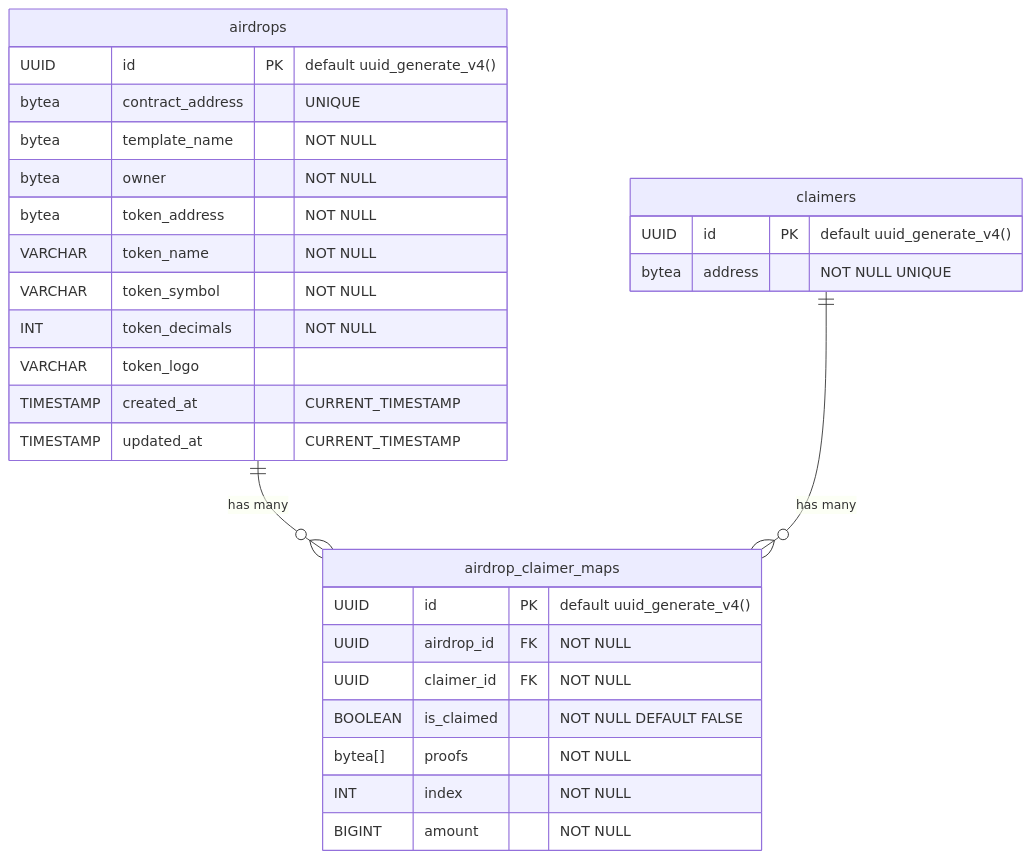
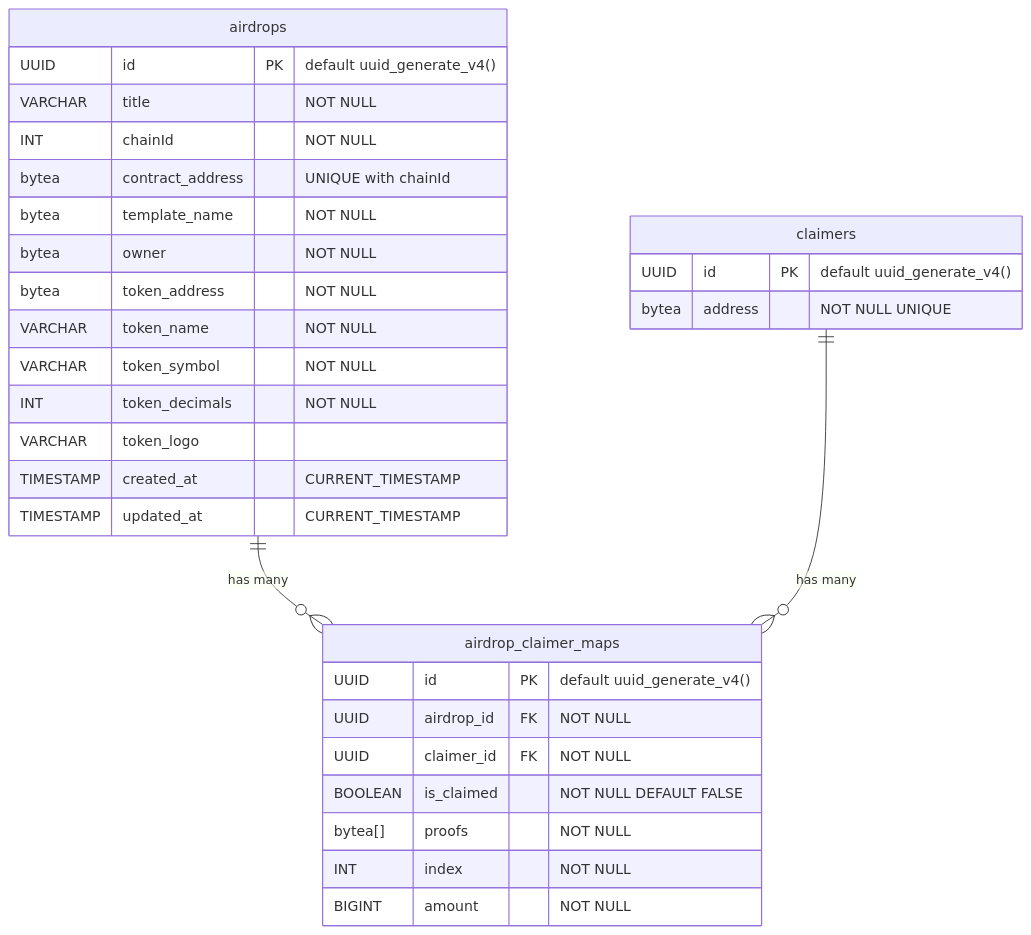
Before and after one commit to DeFiGeek-Community/megumi-interface: the first of 2 diagrams in docs/index.md, drawn with Mermaid.

````diff
--- a/docs/index.md
+++ b/docs/index.md
@@ -5,35 +5,37 @@
 ```mermaid
 erDiagram
     airdrops {
         UUID id PK "default uuid_generate_v4()"
-        bytea contract_address "UNIQUE"
+        VARCHAR title "NOT NULL"
+        INT chainId "NOT NULL"
+        bytea contract_address "UNIQUE with chainId"
         bytea template_name "NOT NULL"
         bytea owner "NOT NULL"
         bytea token_address "NOT NULL"
         VARCHAR token_name "NOT NULL"
         VARCHAR token_symbol "NOT NULL"
         INT token_decimals "NOT NULL"
         VARCHAR token_logo
         TIMESTAMP created_at "CURRENT_TIMESTAMP"
         TIMESTAMP updated_at "CURRENT_TIMESTAMP"
     }
 
     claimers {
         UUID id PK "default uuid_generate_v4()"
         bytea address "NOT NULL UNIQUE"
     }
 
     airdrop_claimer_maps {
         UUID id PK "default uuid_generate_v4()"
         UUID airdrop_id FK "NOT NULL"
         UUID claimer_id FK "NOT NULL"
         BOOLEAN is_claimed "NOT NULL DEFAULT FALSE"
         bytea[] proofs "NOT NULL"
         INT index "NOT NULL"
         BIGINT amount "NOT NULL"
     }
 
     airdrops ||--o{ airdrop_claimer_maps : "has many"
     claimers ||--o{ airdrop_claimer_maps : "has many"
 
 ```
````
